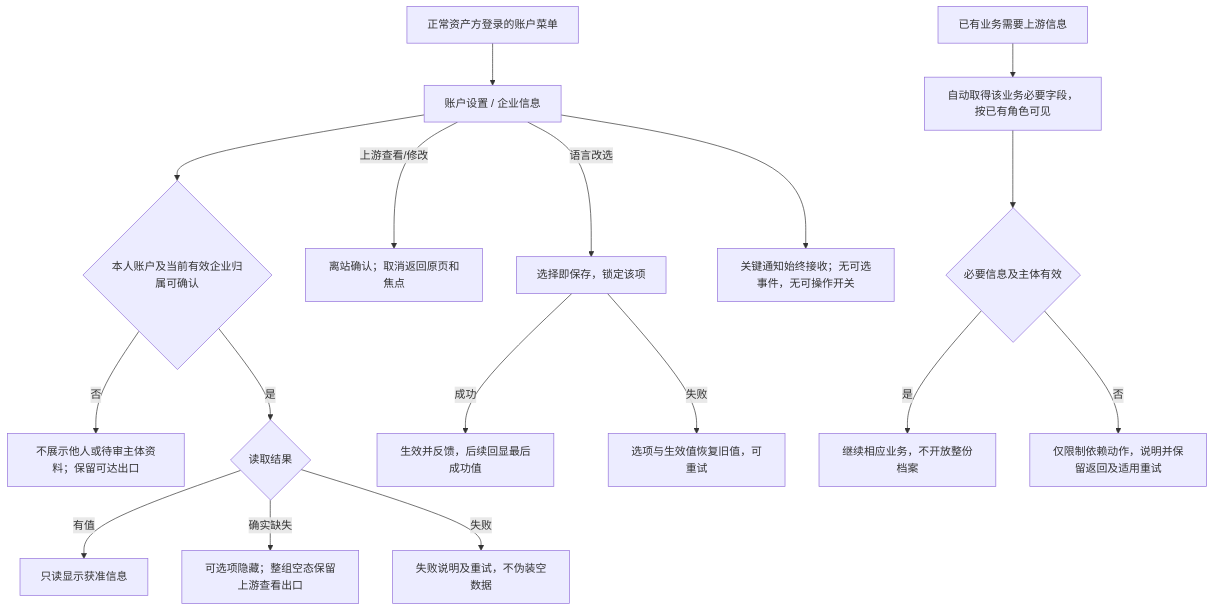
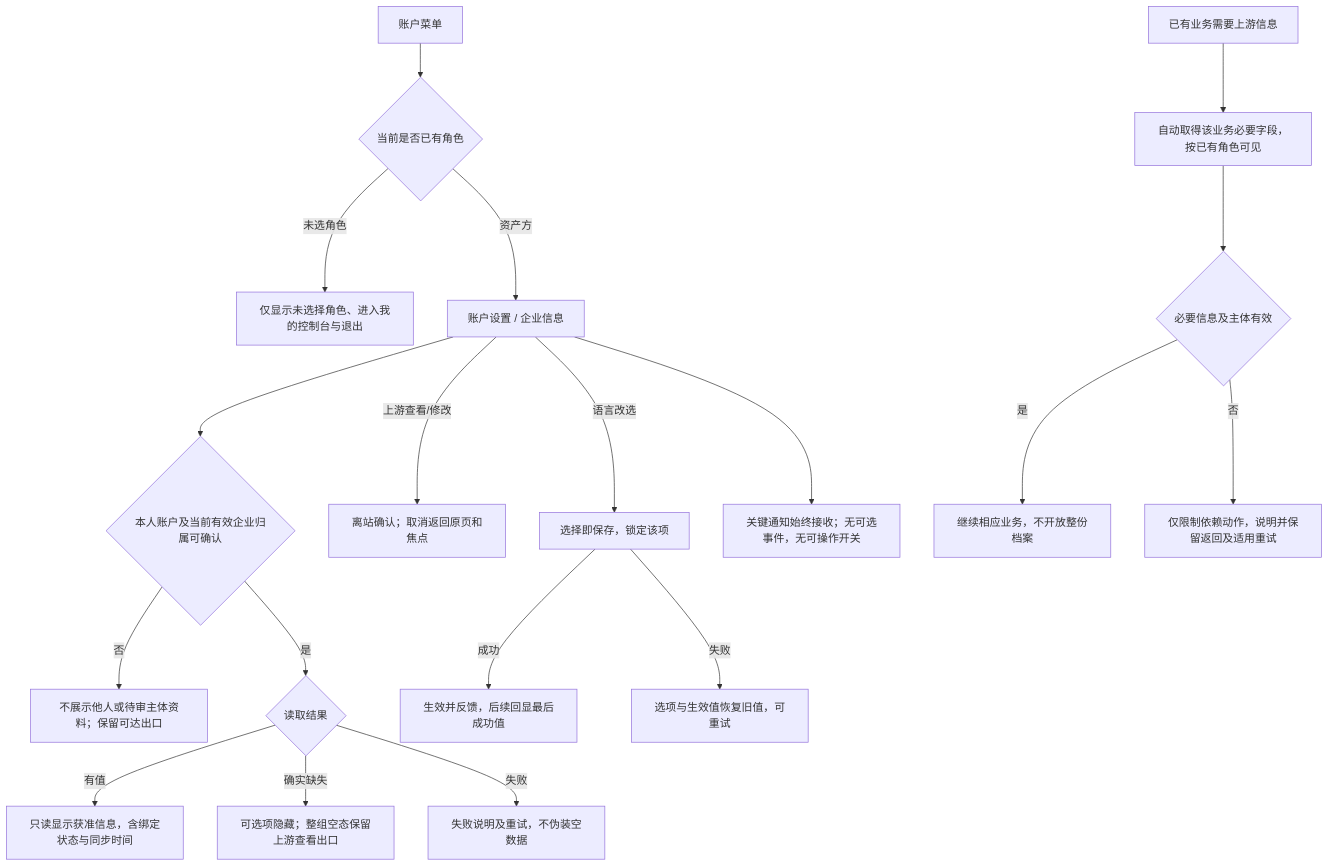
Before and after one commit to wxblockchain/Chain-Financing: the fifth of 7 diagrams in lending-platform/PRD/v2.0-登录与账户体系/02-登录主干与资产方SSO接入-流程图与状态机.md, drawn with Mermaid. The commit also changed other lines of this file and 2 other files, not shown here.

First line of the commit message:
docs(WS-371): rework login trunk to unified wallet sign-in with role choice in console

````diff
--- a/lending-platform/PRD/v2.0-登录与账户体系/02-登录主干与资产方SSO接入-流程图与状态机.md
+++ b/lending-platform/PRD/v2.0-登录与账户体系/02-登录主干与资产方SSO接入-流程图与状态机.md
@@ -110,19 +124,21 @@
 ```mermaid
 flowchart TD
-    MENU["正常资产方登录的账户菜单"] --> P["账户设置 / 企业信息"]
+    MENU["账户菜单"] --> ROLE{"当前是否已有角色"}
+    ROLE -->|未选角色| ONLY["仅显示未选择角色、进入我的控制台与退出"]
+    ROLE -->|资产方| P["账户设置 / 企业信息"]
     P --> OWNER{"本人账户及当前有效企业归属可确认"}
     OWNER -->|否| DENY["不展示他人或待审主体资料；保留可达出口"]
     OWNER -->|是| LOAD{"读取结果"}
-    LOAD -->|有值| SHOW["只读显示获准信息"]
+    LOAD -->|有值| SHOW["只读显示获准信息，含绑定状态与同步时间"]
     LOAD -->|确实缺失| EMPTY["可选项隐藏；整组空态保留上游查看出口"]
     LOAD -->|失败| FAIL["失败说明及重试，不伪装空数据"]
     P -->|上游查看/修改| LEAVE["离站确认；取消返回原页和焦点"]
     P -->|语言改选| SAVE["选择即保存，锁定该项"]
     SAVE -->|成功| OK["生效并反馈，后续回显最后成功值"]
     SAVE -->|失败| ROLLBACK["选项与生效值恢复旧值，可重试"]
     P --> NOTICE["关键通知始终接收；无可选事件，无可操作开关"]
     B["已有业务需要上游信息"] --> AUTO["自动取得该业务必要字段，按已有角色可见"]
     AUTO --> NEED{"必要信息及主体有效"}
     NEED -->|是| USE["继续相应业务，不开放整份档案"]
     NEED -->|否| LIMIT["仅限制依赖动作，说明并保留返回及适用重试"]
 ```
````
